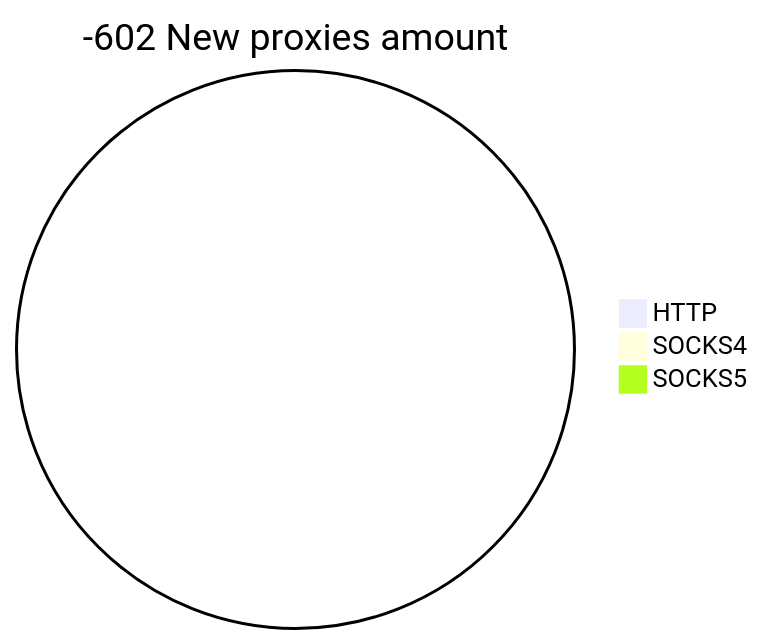
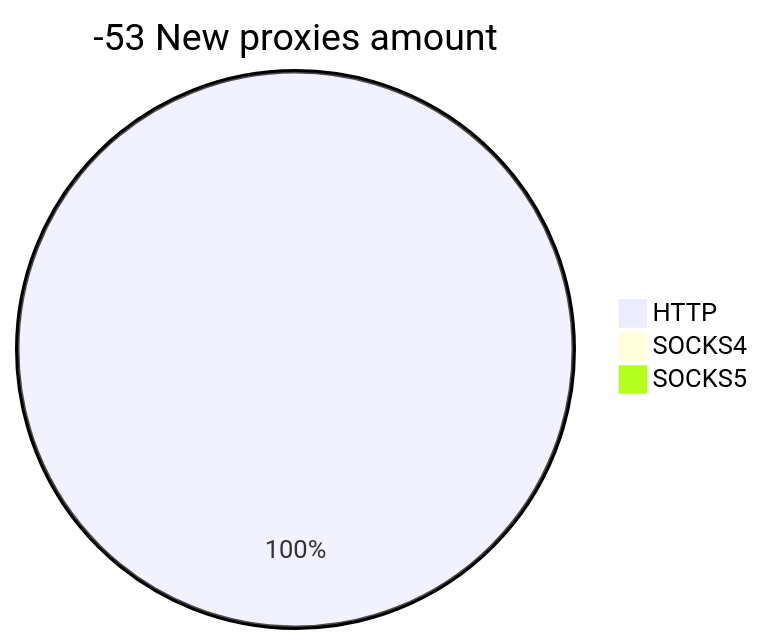
The second of 2 diagrams in README.md (cutipu/proxylist), drawn with Mermaid before and after one commit. The commit also changed other lines of this file, not shown here.

````diff
--- a/README.md
+++ b/README.md
@@ -10,6 +10,6 @@
 ```mermaid
-pie title -602 New proxies amount
-    "HTTP" : 0
+pie title -53 New proxies amount
+    "HTTP" : 36
     "SOCKS4" : 0
     "SOCKS5" : 0
 ```
````
